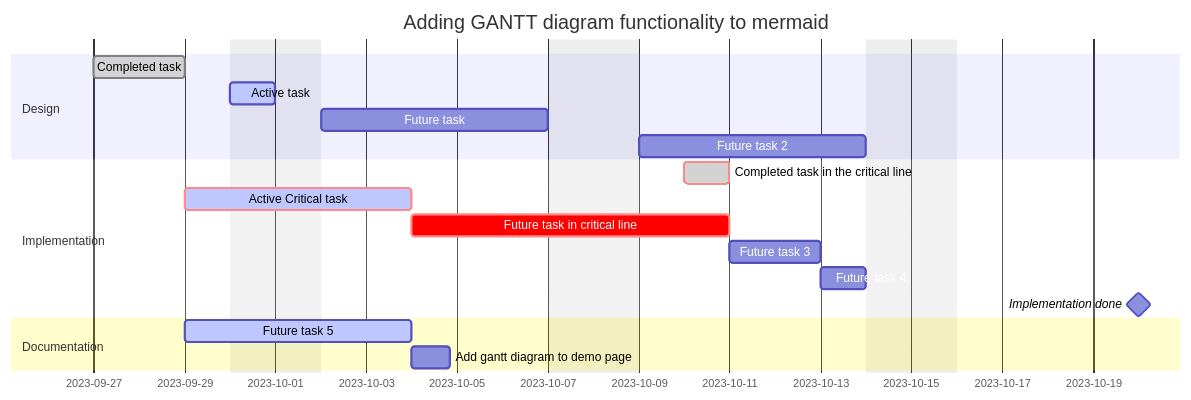
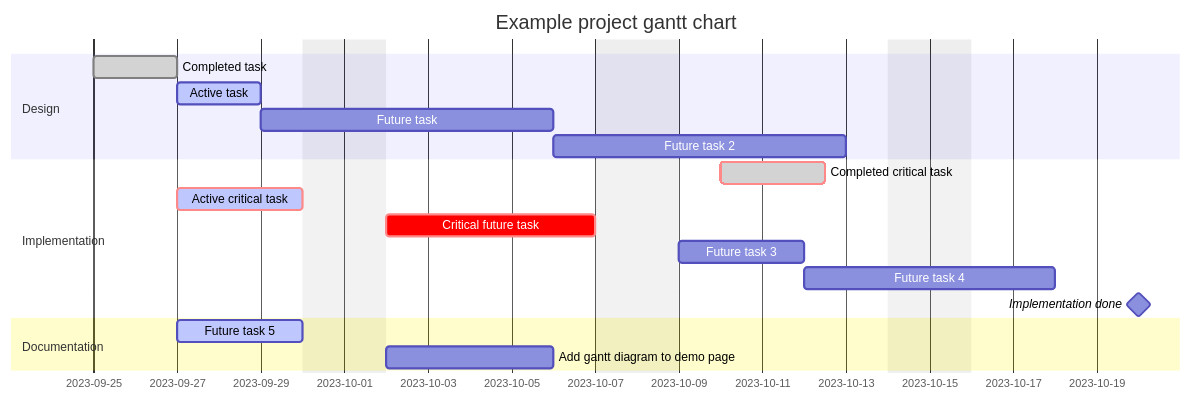
One commit to Jack-R-Scaife/markdownExamples changed the diagram in README.md. Above: the diagram before and after it, drawn with Mermaid.

Commit message:
slight changes to gantt chart

````diff
--- a/README.md
+++ b/README.md
@@ -50,25 +50,25 @@
 ```mermaid
 gantt
     dateFormat  YYYY-MM-DD
-    title       Adding GANTT diagram functionality to mermaid
+    title       Example project gantt chart
     excludes    weekends
     %% (`excludes` accepts specific dates in YYYY-MM-DD format, days of the week ("sunday") or "weekends", but not the word "weekdays".)
 
     section Design
-    Completed task            :done,    des1, 2023-09-27, 2d
-    Active task               :active,  des2, 2023-09-30, 1d
+    Completed task            :done,    des1, 2023-09-25, 2d
+    Active task               :active,  des2, 2023-09-27, 2d
     Future task               :         des3, after des2, 5d
     Future task 2             :         des4, after des3, 5d
 
     section Implementation
-    Completed task in the critical line :crit, done, 2023-10-10,24h
-    Active Critical task                :crit, active, after des1, 3d
-    Future task in critical line        :crit, 5d
-    Future task 3                       :2d
-    Future task 4                       :1d
+    Completed critical task             :crit, done, 2023-10-10, 60h
+    Active critical task                :crit, active, after des1, 3d
+    Critical future task                :crit, 5d
+    Future task 3                       :3d
+    Future task 4                       :4d
     Implementation done                 :milestone, 2023-10-20, 0d
 
     section Documentation
     Future task 5                       :active, a1, after des1, 3d
-    Add gantt diagram to demo page      :after a1  , 20h
+    Add gantt diagram to demo page      :after a1  , 4d
 ```
````
